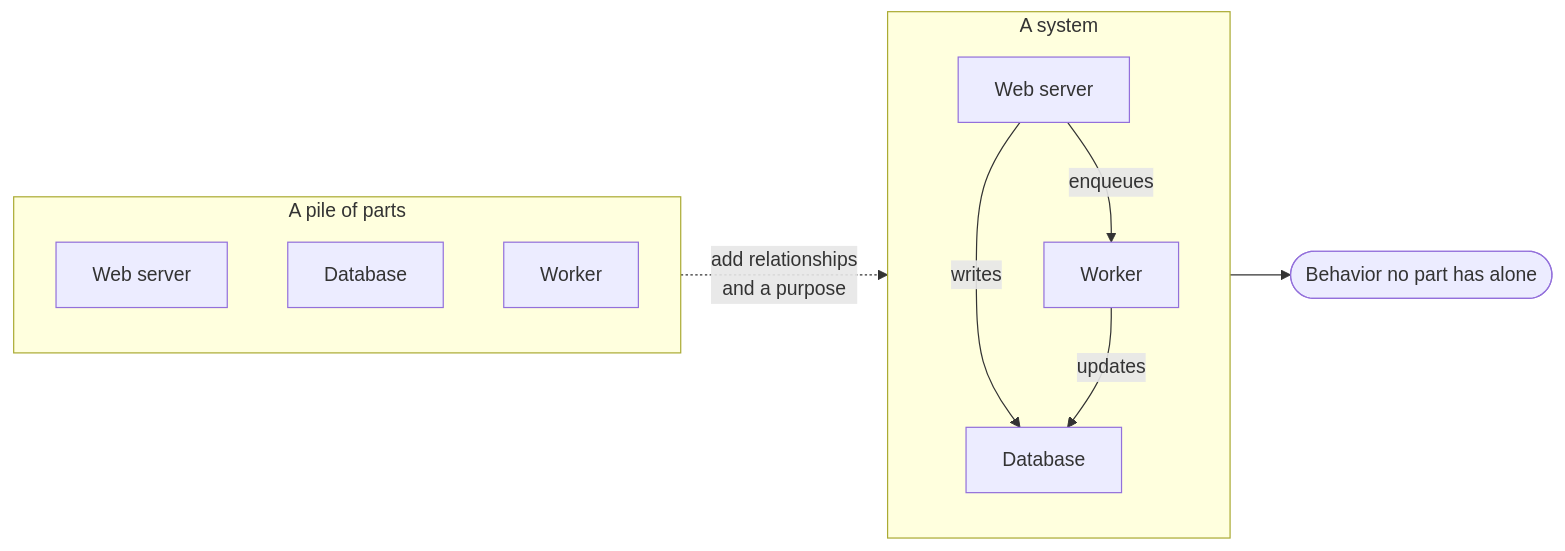
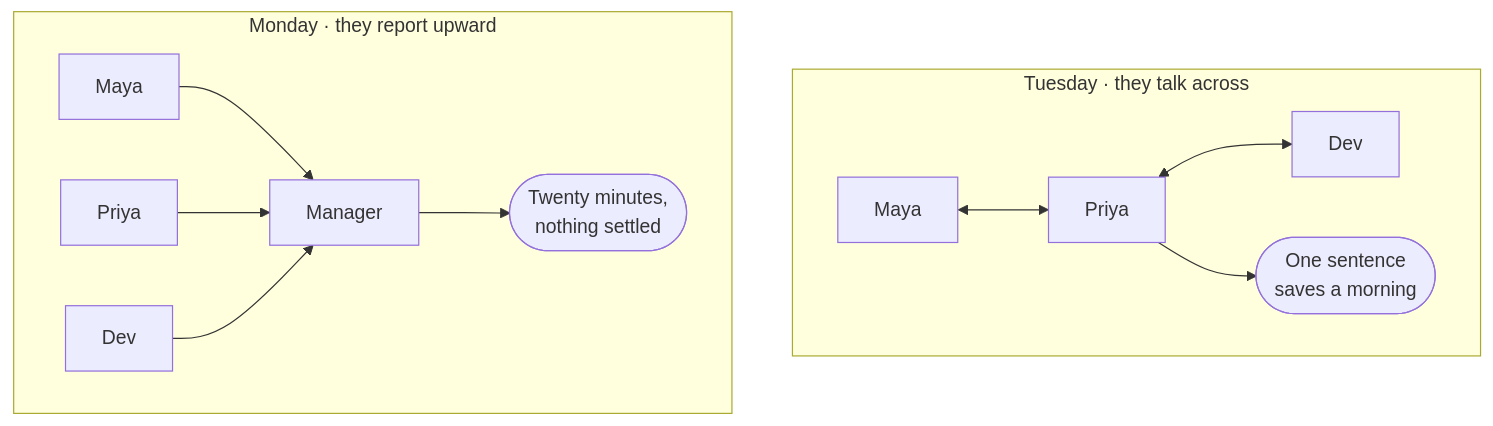
The first of 19 diagrams in examples/system-design-foundations.md (Laticent/lattice), drawn with Mermaid before and after one commit. The commit also changed other lines of this file and 2 other files, not shown here.

First line of the commit message:
deck(examples): rebuild as a tutorial that starts in a Tuesday and ends in Instagram

````diff
--- a/examples/system-design-foundations.md
+++ b/examples/system-design-foundations.md
@@ -157,17 +227,16 @@
 ```mermaid
-flowchart LR
-  subgraph pile["A pile of parts"]
-    direction TB
-    P1["Web server"]
-    P2["Database"]
-    P3["Worker"]
+flowchart TB
+  subgraph tue["Tuesday · they talk across"]
+    direction LR
+    T1["Maya"] <--> T2["Priya"]
+    T2 <--> T3["Dev"]
+    T2 --> OUT2(["One sentence<br/>saves a morning"])
   end
-  subgraph sys["A system"]
-    direction TB
-    S1["Web server"] -->|"writes"| S2["Database"]
-    S1 -->|"enqueues"| S3["Worker"]
-    S3 -->|"updates"| S2
+  subgraph mon["Monday · they report upward"]
+    direction LR
+    M1["Maya"] --> MM["Manager"]
+    M2["Priya"] --> MM
+    M3["Dev"] --> MM
+    MM --> OUT1(["Twenty minutes,<br/>nothing settled"])
   end
-  pile -.->|"add relationships<br/>and a purpose"| sys
-  sys --> OUT(["Behavior no part has alone"])
 ```
````
